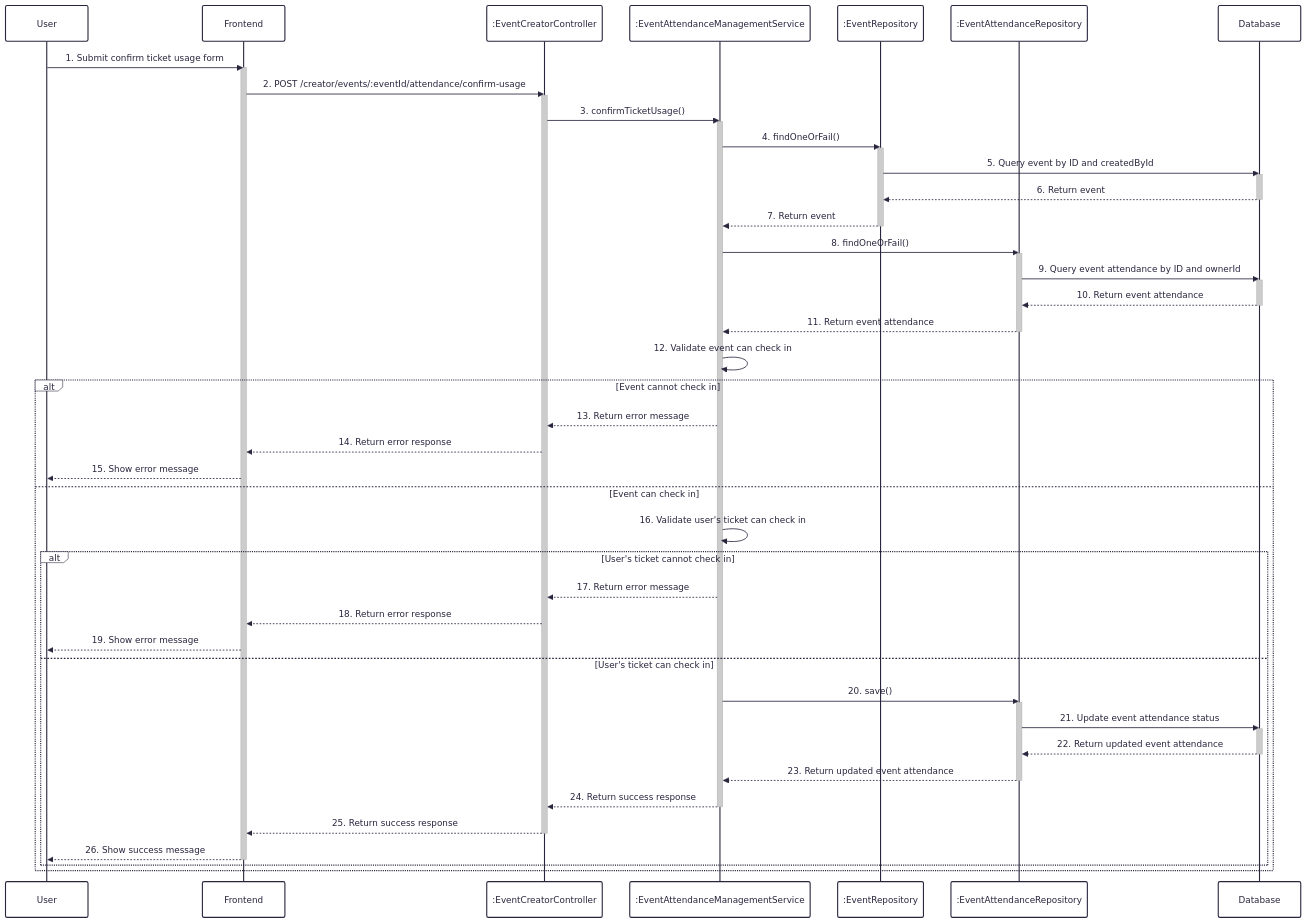
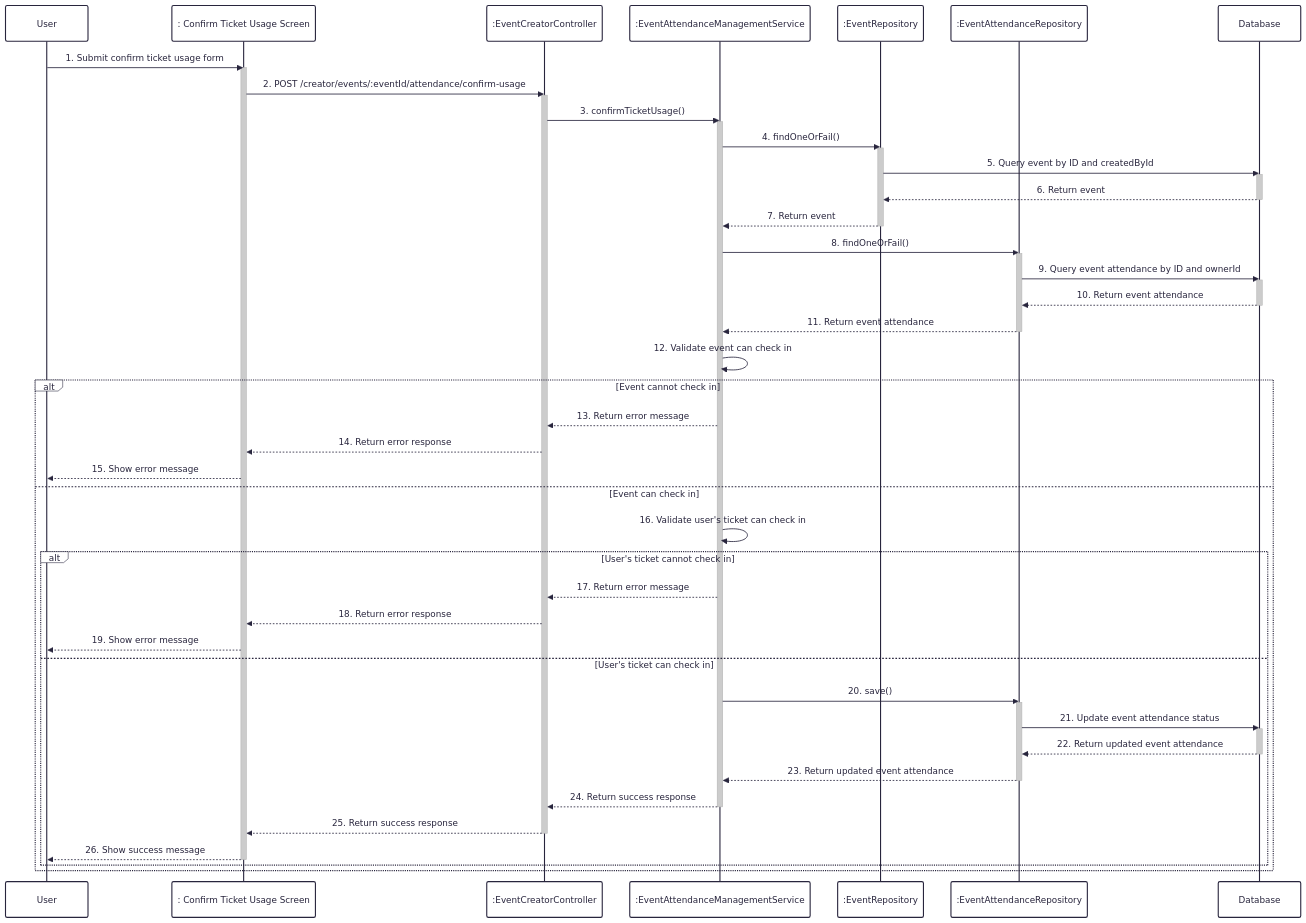
Before and after one commit to UrbanLens-2025/urban-lens_server: the diagram in docs/sequence/10-confirm-ticket-usage.md, drawn with Mermaid. The commit also changed 11 other files, not shown here.

Commit message:
Sequence diagrams

````diff
--- a/docs/sequence/10-confirm-ticket-usage.md
+++ b/docs/sequence/10-confirm-ticket-usage.md
@@ -1,66 +1,66 @@
 ```mermaid
 ---
 config:
   theme: redux
   look: classic
 ---
 sequenceDiagram
     participant User
-    participant Frontend
+    participant Frontend as : Confirm Ticket Usage Screen
     participant EventCreatorController as :EventCreatorController
     participant EventAttendanceManagementService as :EventAttendanceManagementService
     participant EventRepository as :EventRepository
     participant EventAttendanceRepository as :EventAttendanceRepository
     participant Database
 
     User->>Frontend: 1. Submit confirm ticket usage form
     activate Frontend
     Frontend->>EventCreatorController: 2. POST /creator/events/:eventId/attendance/confirm-usage
     activate EventCreatorController
     EventCreatorController->>EventAttendanceManagementService: 3. confirmTicketUsage()
     activate EventAttendanceManagementService
     EventAttendanceManagementService->>EventRepository: 4. findOneOrFail()
     activate EventRepository
     EventRepository->>Database: 5. Query event by ID and createdById
     activate Database
     Database-->>EventRepository: 6. Return event
     deactivate Database
     EventRepository-->>EventAttendanceManagementService: 7. Return event
     deactivate EventRepository
     EventAttendanceManagementService->>EventAttendanceRepository: 8. findOneOrFail()
     activate EventAttendanceRepository
     EventAttendanceRepository->>Database: 9. Query event attendance by ID and ownerId
     activate Database
     Database-->>EventAttendanceRepository: 10. Return event attendance
     deactivate Database
     EventAttendanceRepository-->>EventAttendanceManagementService: 11. Return event attendance
     deactivate EventAttendanceRepository
     EventAttendanceManagementService->>EventAttendanceManagementService: 12. Validate event can check in
     alt Event cannot check in
         EventAttendanceManagementService-->>EventCreatorController: 13. Return error message
         EventCreatorController-->>Frontend: 14. Return error response
         Frontend-->>User: 15. Show error message
     else Event can check in
         EventAttendanceManagementService->>EventAttendanceManagementService: 16. Validate user's ticket can check in
         alt User's ticket cannot check in
             EventAttendanceManagementService-->>EventCreatorController: 17. Return error message
             EventCreatorController-->>Frontend: 18. Return error response
             Frontend-->>User: 19. Show error message
         else User's ticket can check in
             EventAttendanceManagementService->>EventAttendanceRepository: 20. save()
             activate EventAttendanceRepository
             EventAttendanceRepository->>Database: 21. Update event attendance status
             activate Database
             Database-->>EventAttendanceRepository: 22. Return updated event attendance
             deactivate Database
             EventAttendanceRepository-->>EventAttendanceManagementService: 23. Return updated event attendance
             deactivate EventAttendanceRepository
             EventAttendanceManagementService-->>EventCreatorController: 24. Return success response
             deactivate EventAttendanceManagementService
             EventCreatorController-->>Frontend: 25. Return success response
             deactivate EventCreatorController
             Frontend-->>User: 26. Show success message
             deactivate Frontend
         end
     end
 ```
````
